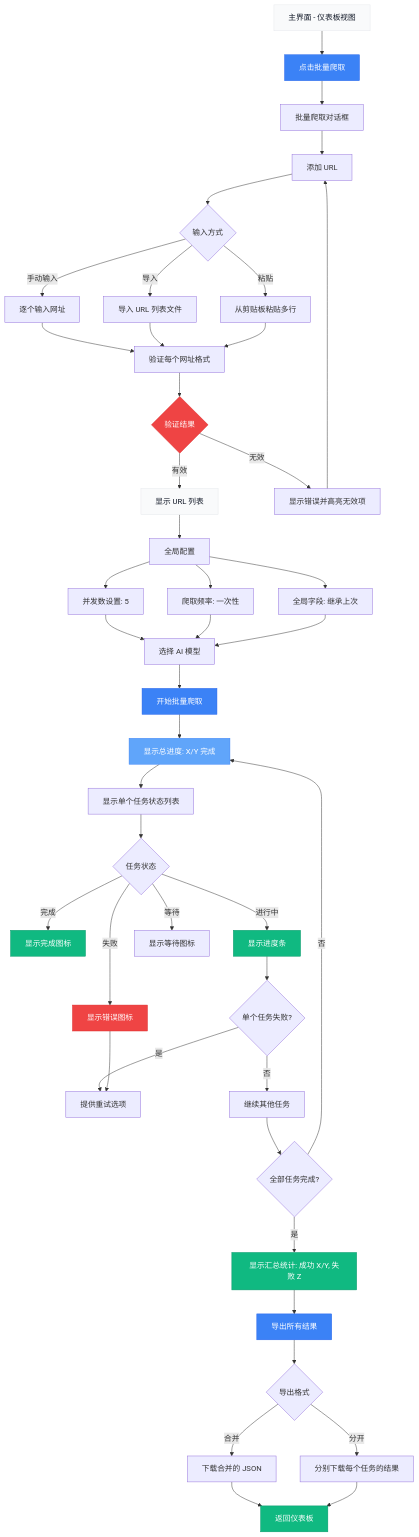
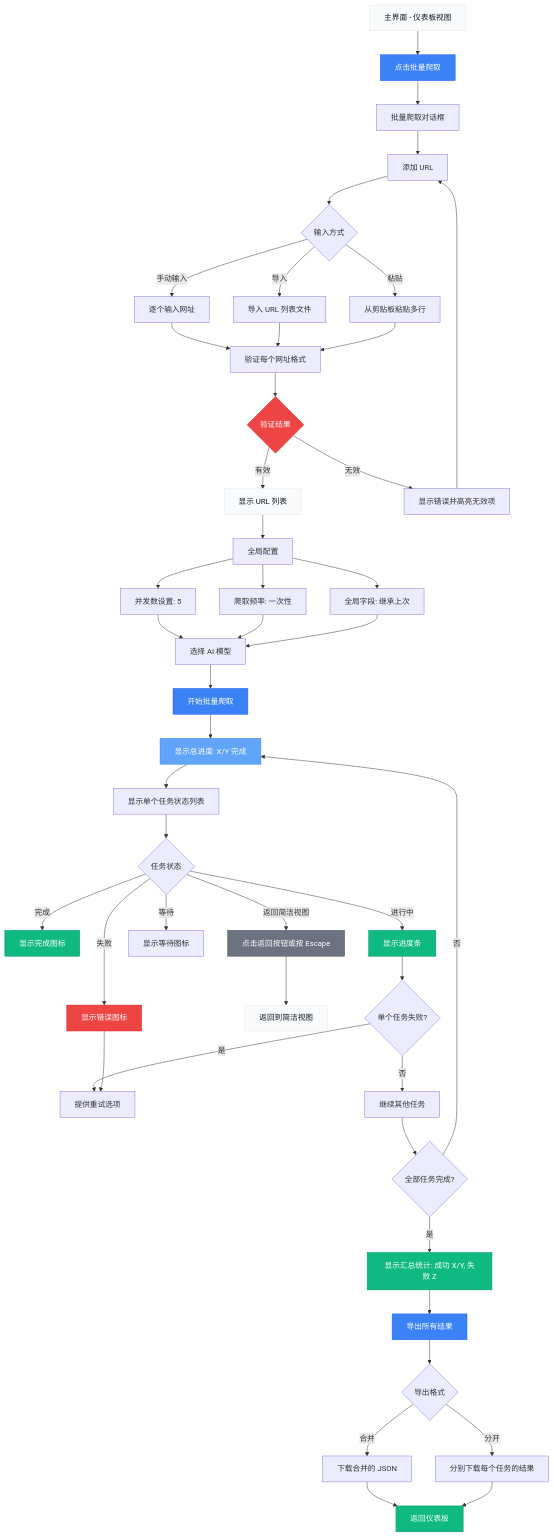
Before and after one commit to fubing005/ai-crawler: the third of 9 diagrams in _bmad-output/planning-artifacts/ux-design-specification.md, drawn with Mermaid. The commit also changed other lines of this file and 2 other files, not shown here.

````diff
--- a/_bmad-output/planning-artifacts/ux-design-specification.md
+++ b/_bmad-output/planning-artifacts/ux-design-specification.md
@@ -1408,58 +1409,62 @@
 ```mermaid
 graph TD
     A[主界面 - 仪表板视图] --> B[点击批量爬取]
     B --> C[批量爬取对话框]
     C --> D[添加 URL]
     D --> E{输入方式}
     E -->|手动输入| F[逐个输入网址]
     E -->|导入| G[导入 URL 列表文件]
     E -->|粘贴| H[从剪贴板粘贴多行]
     F --> I[验证每个网址格式]
     G --> I
     H --> I
     I --> J{验证结果}
     J -->|有效| K[显示 URL 列表]
     J -->|无效| L[显示错误并高亮无效项]
     L --> D
     K --> M[全局配置]
     M --> N[并发数设置: 5]
     M --> O[爬取频率: 一次性]
     M --> P[全局字段: 继承上次]
     N --> Q[选择 AI 模型]
     O --> Q
     P --> Q
     Q --> R[开始批量爬取]
     R --> S[显示总进度: X/Y 完成]
     S --> T[显示单个任务状态列表]
     T --> U{任务状态}
     U -->|完成| V[显示完成图标]
     U -->|进行中| W[显示进度条]
     U -->|等待| X[显示等待图标]
     U -->|失败| Y[显示错误图标]
+    U -->|返回简洁视图| AJ[点击返回按钮或按 Escape]
+    AJ --> AK[返回到简洁视图]
     W --> AA{单个任务失败?}
     AA -->|是| AB[提供重试选项]
     AA -->|否| AC[继续其他任务]
     Y --> AB
     AC --> Z{全部任务完成?}
     Z -->|是| AD[显示汇总统计: 成功 X/Y, 失败 Z]
     Z -->|否| S
     AD --> AE[导出所有结果]
     AE --> AF{导出格式}
     AF -->|合并| AG[下载合并的 JSON]
     AF -->|分开| AH[分别下载每个任务的结果]
     AG --> AI[返回仪表板]
     AH --> AI
     
     style A fill:#F9FAFB,stroke:#E5E7EB,color:#111827
     style B fill:#3B82F6,stroke:#2563EB,color:#FFFFFF
     style J fill:#EF4444,stroke:#DC2626,color:#FFFFFF
     style K fill:#F9FAFB,stroke:#E5E7EB,color:#111827
     style R fill:#3B82F6,stroke:#2563EB,color:#FFFFFF
     style S fill:#60A5FA,stroke:#3B82F6,color:#FFFFFF
     style V fill:#10B981,stroke:#059669,color:#FFFFFF
     style W fill:#10B981,stroke:#059669,color:#FFFFFF
     style Y fill:#EF4444,stroke:#DC2626,color:#FFFFFF
     style AD fill:#10B981,stroke:#059669,color:#FFFFFF
     style AE fill:#3B82F6,stroke:#2563EB,color:#FFFFFF
     style AI fill:#10B981,stroke:#059669,color:#FFFFFF
+    style AJ fill:#6B7280,stroke:#4B5563,color:#FFFFFF
+    style AK fill:#F9FAFB,stroke:#E5E7EB,color:#111827
 ```
````
